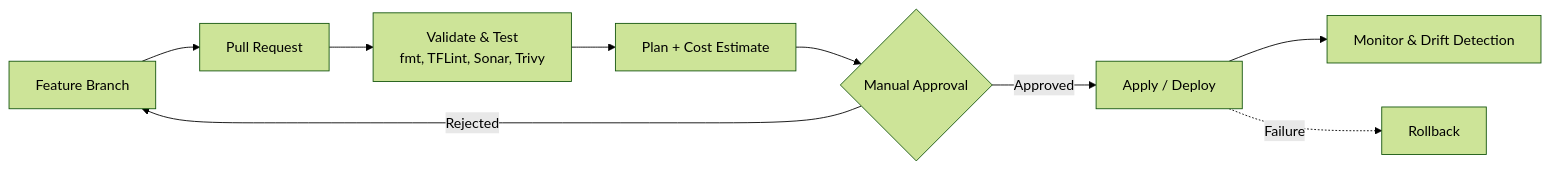
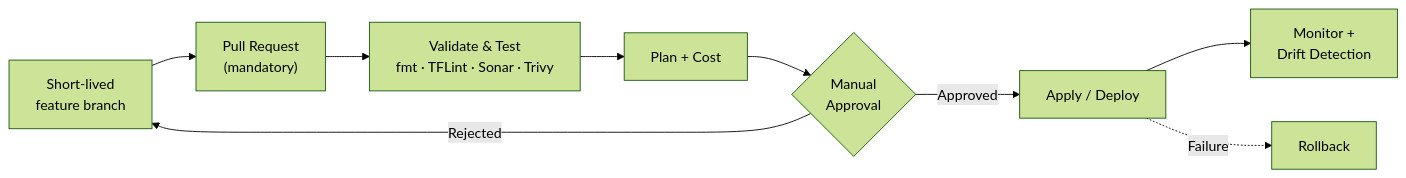
Before and after one commit to cloudwithdharm/cloudwithdharm: the third of 3 diagrams in README.md, drawn with Mermaid (forest theme). The commit also changed other lines of this file, not shown here.

````diff
--- a/README.md
+++ b/README.md
@@ -164,11 +194,11 @@
 ```mermaid
 flowchart LR
-    A[Feature Branch] --> B[Pull Request]
-    B --> C[Validate & Test<br/>fmt, TFLint, Sonar, Trivy]
-    C --> D[Plan + Cost Estimate]
-    D --> E{Manual Approval}
-    E -->|Approved| F[Apply / Deploy]
+    A["Short-lived<br/>feature branch"] --> B["Pull Request<br/>(mandatory)"]
+    B --> C["Validate & Test<br/>fmt · TFLint · Sonar · Trivy"]
+    C --> D["Plan + Cost"]
+    D --> E{"Manual<br/>Approval"}
+    E -->|Approved| F["Apply / Deploy"]
     E -->|Rejected| A
-    F --> G[Monitor & Drift Detection]
-    F -.->|Failure| H[Rollback]
+    F --> G["Monitor +<br/>Drift Detection"]
+    F -.->|Failure| H["Rollback"]
 ```
````
